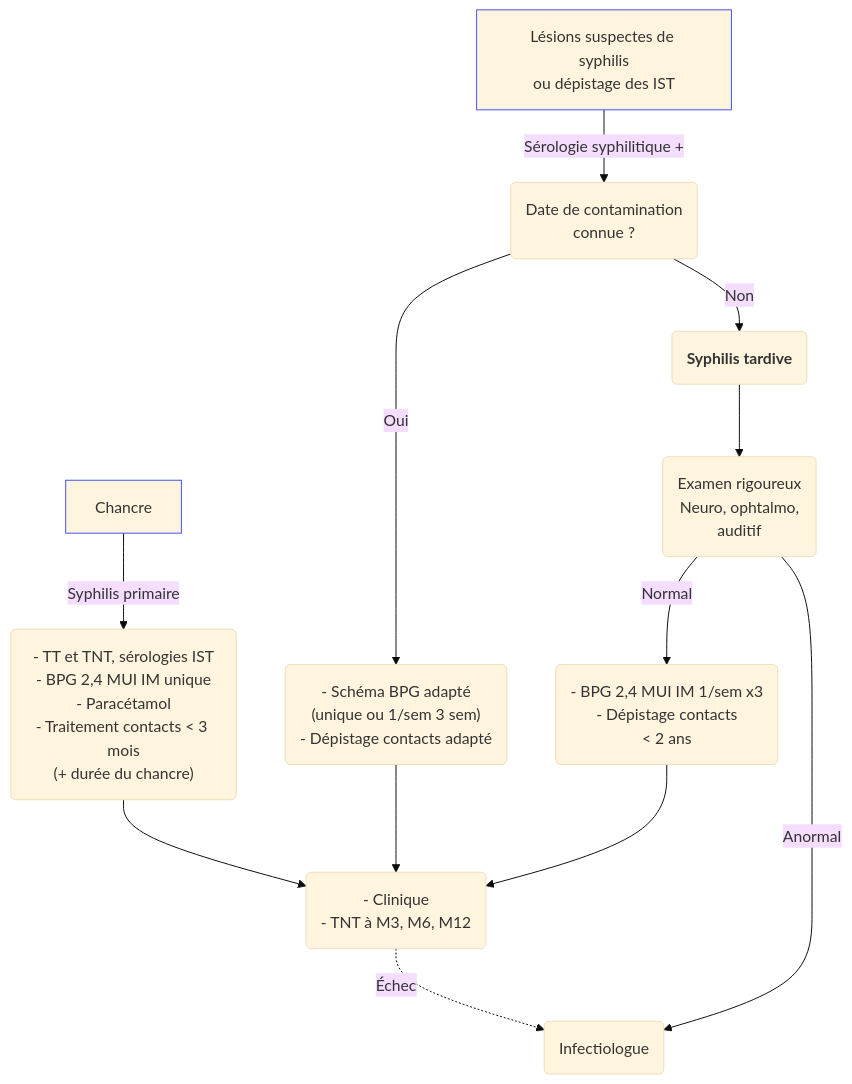
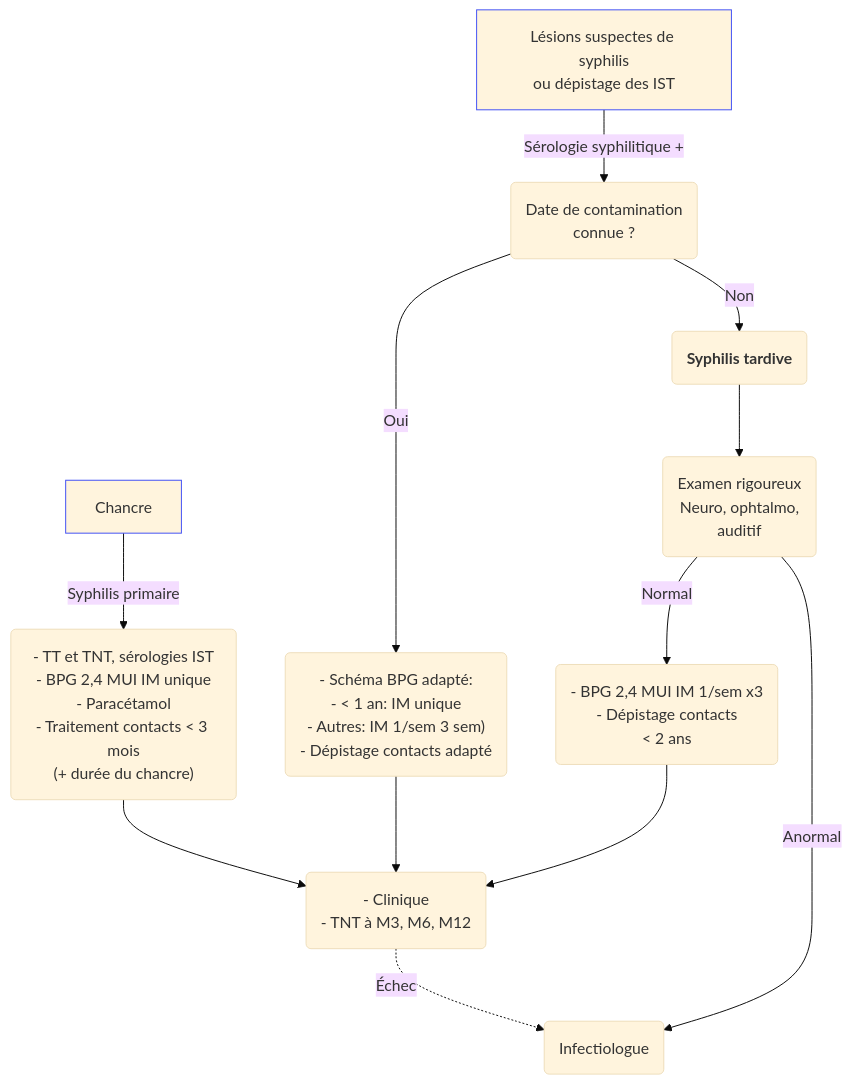
The diagram in content/recommandations/syphilis.md (djibe/recommandations-medicales), drawn with Mermaid (base theme) before and after one commit. The commit also changed other lines of this file, not shown here.

```diff
--- a/content/recommandations/syphilis.md
+++ b/content/recommandations/syphilis.md
@@ -402,12 +395,12 @@
 {{< mermaid title="Conduite à tenir pour le diagnostic et la prise en charge de la syphilis. Dr JB Fron d'après HAS/SPILF 2025" >}}
 graph TB
   chancre[Chancre] -- Syphilis primaire --> ttt("- TT et TNT, sérologies IST<br>- BPG 2,4 MUI IM unique<br>- Paracétamol<br>- Traitement contacts &lt; 3 mois<br>(+ durée du chancre)")
     ttt --> surv("- Clinique<br>- TNT à M3, M6, M12")
       surv -. Échec .-> infectiologue(Infectiologue)
   clinique["Lésions suspectes de syphilis<br>ou dépistage des IST"] -- "Sérologie syphilitique +" --> anciennete("Date de contamination<br>connue ?")
-    anciennete -- Oui --> adapte("- Schéma BPG adapté<br>(unique ou 1/sem 3 sem)<br>- Dépistage contacts adapté") --> surv
+    anciennete -- Oui --> adapte("- Schéma BPG adapté:<br>- &lt; 1 an: IM unique<br>- Autres: IM 1/sem 3 sem)<br>- Dépistage contacts adapté") --> surv
     anciennete -- Non --> tardive("<b>Syphilis tardive</b>") --> examen("Examen rigoureux<br>Neuro, ophtalmo,<br>auditif") -- Normal --> traitement("- BPG 2,4 MUI IM 1/sem x3<br>- Dépistage contacts<br>&lt; 2 ans") --> surv
       examen -- Anormal --> infectiologue
   style chancre stroke:#4150f5, stroke-width:1px
   style clinique stroke:#4150f5, stroke-width:1px
 {{< /mermaid >}}
```
